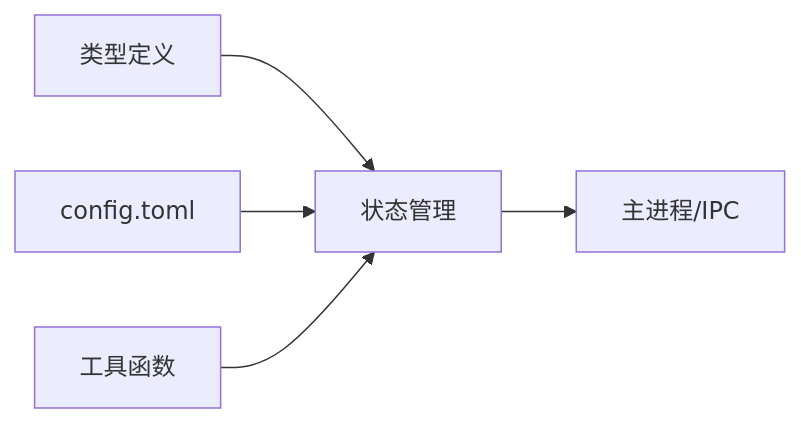
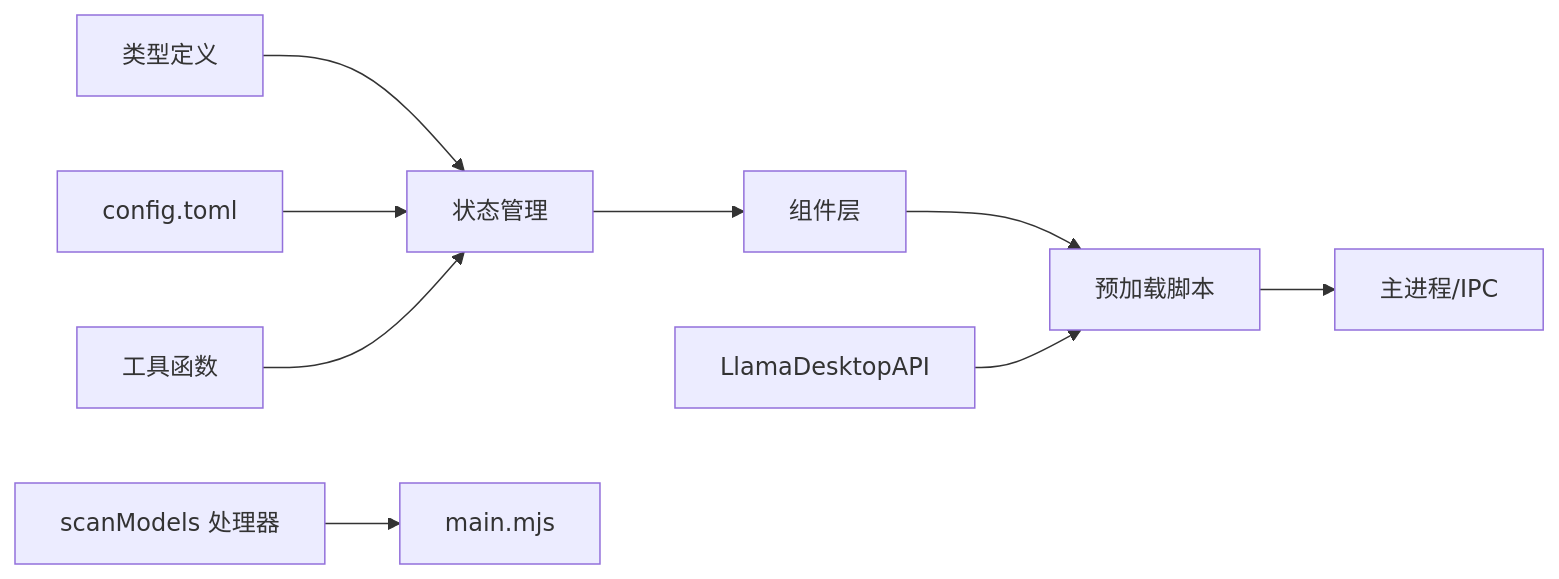
The fifth of 5 diagrams in .qoder/repowiki/zh/content/数据模型.md (linkin770/illama-cpp-desktop), drawn with Mermaid before and after one commit. The commit also changed other lines of this file and 23 other files, not shown here.

````diff
--- a/.qoder/repowiki/zh/content/数据模型.md
+++ b/.qoder/repowiki/zh/content/数据模型.md
@@ -482,7 +606,11 @@
 ```mermaid
 graph LR
 Types["类型定义"] --> Hooks["状态管理"]
-Hooks --> Backend["主进程/IPC"]
+Hooks --> Components["组件层"]
+Components --> Preload["预加载脚本"]
+Preload --> Backend["主进程/IPC"]
 ConfigTOML["config.toml"] --> Hooks
 Utils["工具函数"] --> Hooks
+API["LlamaDesktopAPI"] --> Preload
+ScanModels["scanModels 处理器"] --> MainProcess["main.mjs"]
 ```
````
